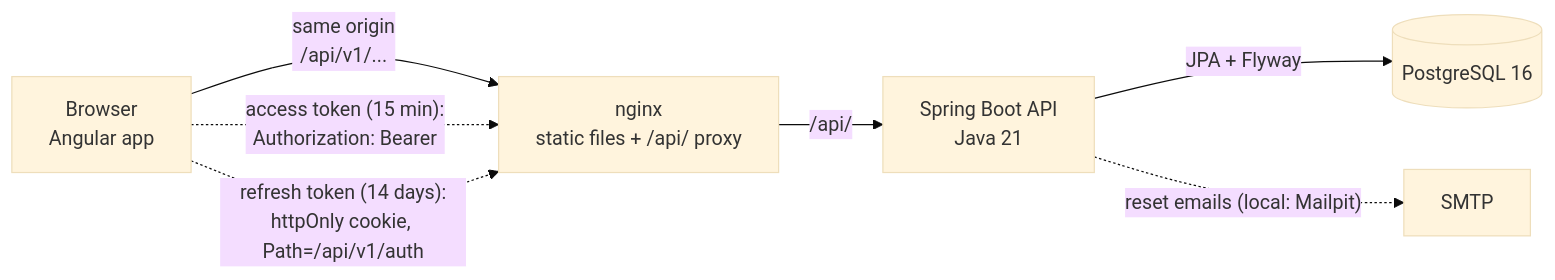
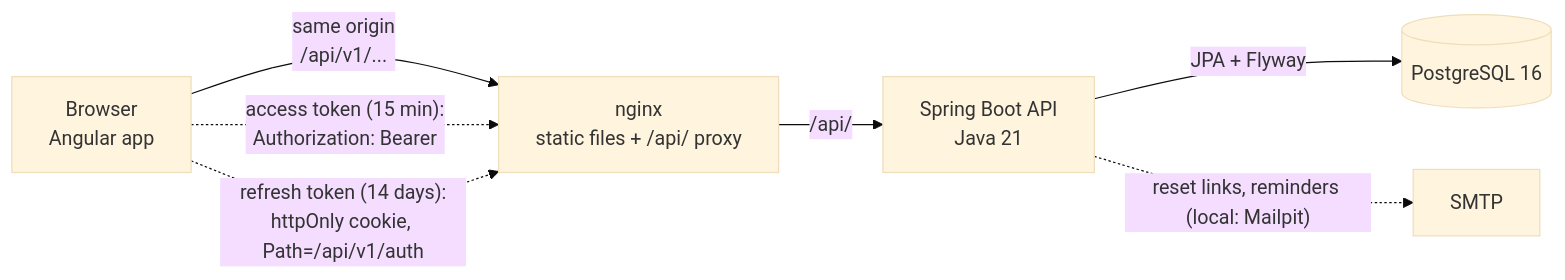
One commit to varsha-k-karthikeyan/jobtrackr changed the diagram in README.md. Above: the diagram before and after it, drawn with Mermaid (base theme). The commit also changed other lines of this file and 59 other files, not shown here.

````diff
--- a/README.md
+++ b/README.md
@@ -48,9 +50,9 @@
 ```mermaid
 flowchart LR
     browser["Browser<br/>Angular app"] -->|"same origin<br/>/api/v1/..."| nginx["nginx<br/>static files + /api/ proxy"]
     nginx -->|"/api/"| api["Spring Boot API<br/>Java 21"]
     api -->|"JPA + Flyway"| db[("PostgreSQL 16")]
-    api -.->|"reset emails (local: Mailpit)"| mail["SMTP"]
+    api -.->|"reset links, reminders (local: Mailpit)"| mail["SMTP"]
     browser -. "access token (15 min):<br/>Authorization: Bearer" .-> nginx
     browser -. "refresh token (14 days):<br/>httpOnly cookie, Path=/api/v1/auth" .-> nginx
 ```
````
